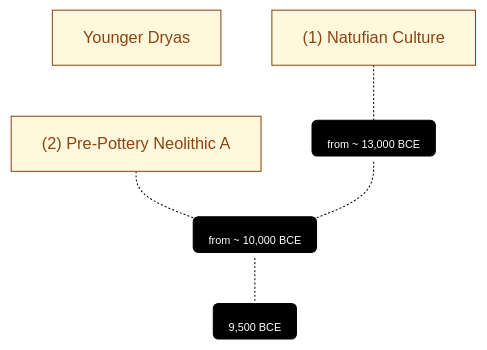
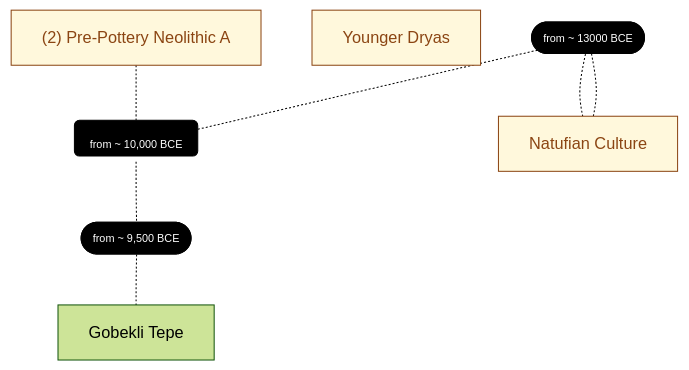
Before and after one commit to joe-dorward/samples: the second of 2 diagrams in 0000_General/timeline_v1.01.md, drawn with Mermaid (forest theme).

````diff
--- a/0000_General/timeline_v1.01.md
+++ b/0000_General/timeline_v1.01.md
@@ -16,31 +16,35 @@
 ```mermaid
 flowchart TD
   %%classDef When height:90px, valign:top, fill:black, color:white, stroke:black, font-family:verdana, font-size:12pt, padding:0px;
   %%classDef What fill:cornsilk, stroke:saddlebrown, color:saddlebrown, font-family:verdana, text-align:left, margin:8px;
 
   classDef When fill:black, color:white, stroke:black, font-size:8pt, height:35px, padding:0px, margin:0px;
   classDef What fill:cornsilk, stroke:saddlebrown, color:saddlebrown, text-align:left;
 
   13000("from ~ 13,000 BCE")
   10000("from ~ 10,000 BCE")
   9500("9,500 BCE")
 
   YOUNGER_DRYAS["Younger Dryas"]
   NATUFIAN["(1) Natufian Culture"]
   PPNA["(2) Pre-Pottery Neolithic A"]
 
   class YOUNGER_DRYAS,NATUFIAN,PPNA What;
   class 9500,10000,13000,10000 When;
 
 
   YOUNGER_DRYAS
 
   NATUFIAN-.-13000
   PPNA-.-10000
 
   13000-.-
   10000-.-
   9500
+    
+    %% ========== ========== ========== ========== ==========
+    13000([from ~ 13000 BCE])-.-NATUFIAN[Natufian Culture]
+    9500([from ~ 9,500 BCE])-.-GOBEKLI_TEPE[Gobekli Tepe]
 
 
 ```
````
